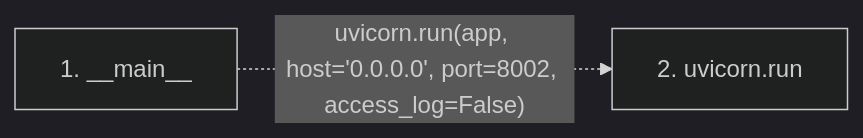
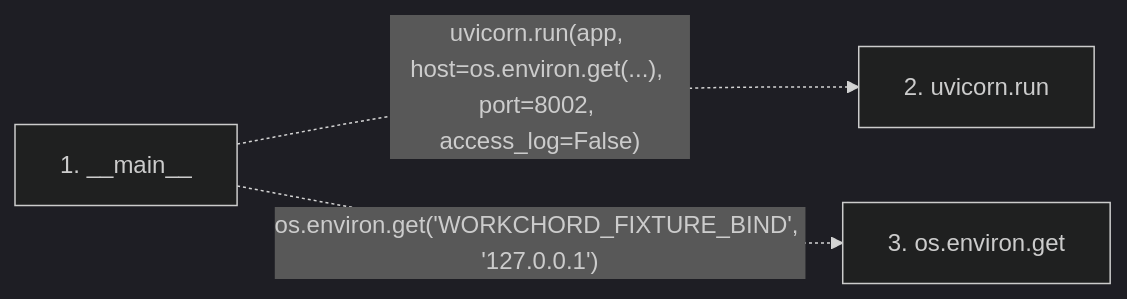
The second of 2 diagrams in docs/llm_wiki/flows/process-serve_disposable_oidc.md (Denissvgn/WorkChord), drawn with Mermaid (dark theme) before and after one commit. The commit also changed other lines of this file and 344 other files, not shown here.

````diff
--- a/docs/llm_wiki/flows/process-serve_disposable_oidc.md
+++ b/docs/llm_wiki/flows/process-serve_disposable_oidc.md
@@ -22,7 +24,9 @@
 ```mermaid
 flowchart LR
     s1["1. __main__"]
     s2["2. uvicorn.run"]
-    s1 -. "uvicorn.run(app, host='0.0.0.0', port=8002, access_log=False)" .-> s2
+    s3["3. os.environ.get"]
+    s1 -. "uvicorn.run(app, host=os.environ.get(...), port=8002, access_log=False)" .-> s2
+    s1 -. "os.environ.get('WORKCHORD_FIXTURE_BIND', '127.0.0.1')" .-> s3
     click s1 "../modules/serve_disposable_oidc.md"
 ```
````
